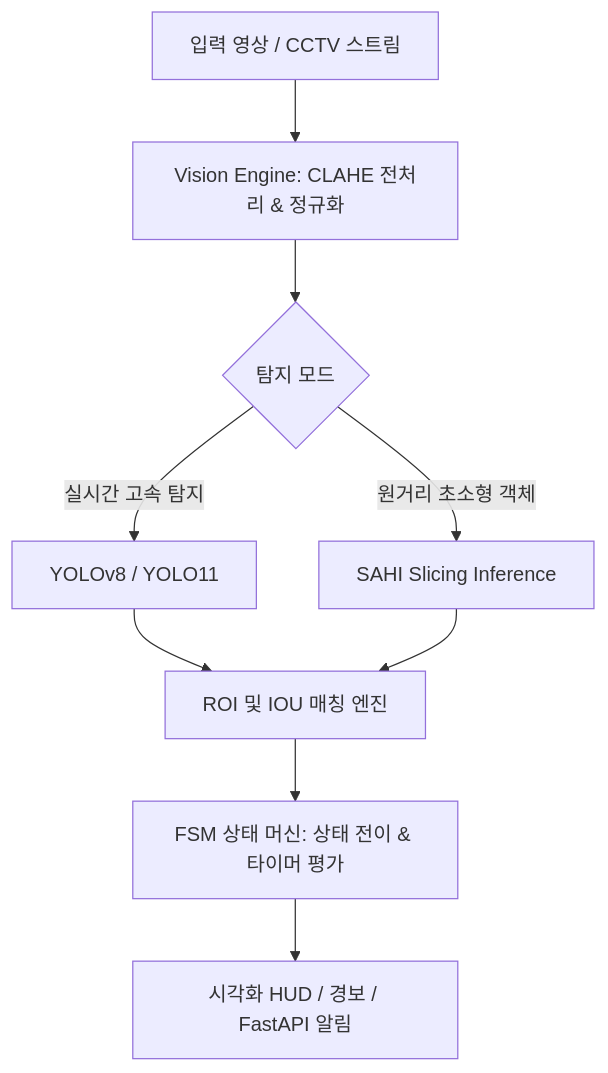
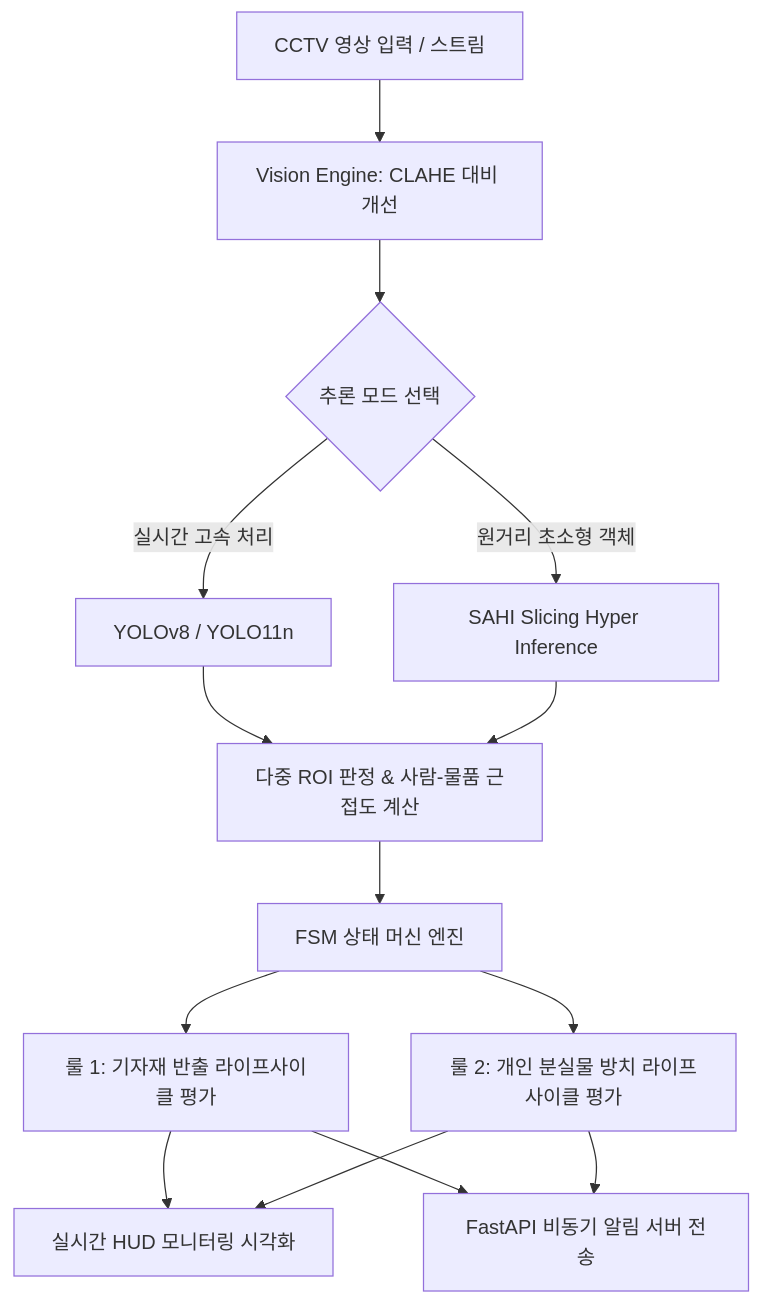
One commit to hyeonje3402/Object-Recognition-Vision changed the first of 3 diagrams in README.md. Above: the diagram before and after it, drawn with Mermaid. The commit also changed other lines of this file and 20 other files, not shown here.

````diff
--- a/README.md
+++ b/README.md
@@ -32,11 +34,16 @@
 ```mermaid
-graph TD
-    A[입력 영상 / CCTV 스트림] --> B[Vision Engine: CLAHE 전처리 & 정규화]
-    B --> C{탐지 모드}
-    C -->|실시간 고속 탐지| D[YOLOv8 / YOLO11]
-    C -->|원거리 초소형 객체| E[SAHI Slicing Inference]
-    D --> F[ROI 및 IOU 매칭 엔진]
+flowchart TD
+    A[CCTV 영상 입력 / 스트림] --> B[Vision Engine: CLAHE 대비 개선]
+    B --> C{추론 모드 선택}
+    C -->|실시간 고속 처리| D[YOLOv8 / YOLO11n]
+    C -->|원거리 초소형 객체| E[SAHI Slicing Hyper Inference]
+    D --> F[다중 ROI 판정 & 사람-물품 근접도 계산]
     E --> F
-    F --> G[FSM 상태 머신: 상태 전이 & 타이머 평가]
-    G --> H[시각화 HUD / 경보 / FastAPI 알림]
+    F --> G[FSM 상태 머신 엔진]
+    G --> H[룰 1: 기자재 반출 라이프사이클 평가]
+    G --> I[룰 2: 개인 분실물 방치 라이프사이클 평가]
+    H --> J[실시간 HUD 모니터링 시각화]
+    I --> J
+    H --> K[FastAPI 비동기 알림 서버 전송]
+    I --> K
 ```
````
